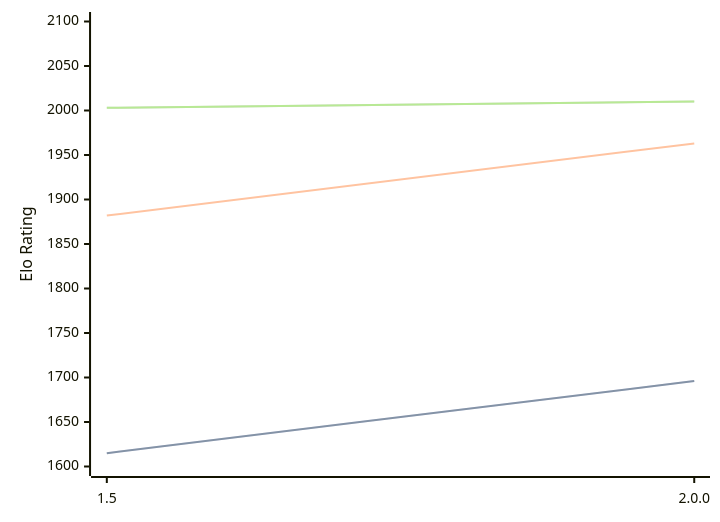
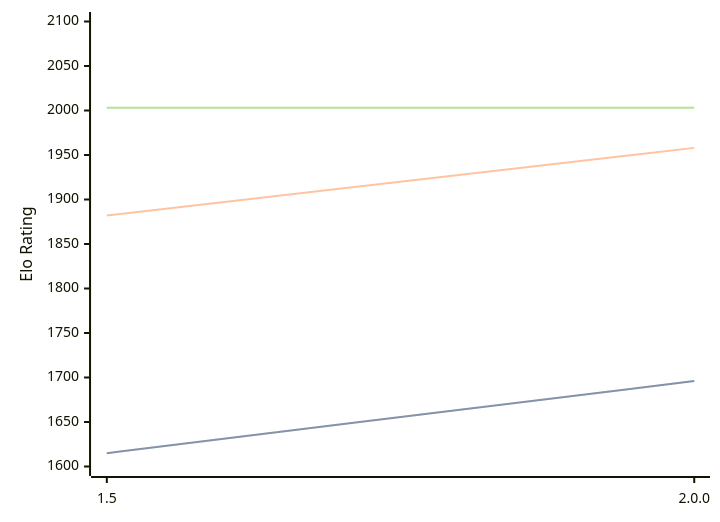
The diagram in engines/Rudim.md (computer-chess-index/cci), drawn with Mermaid before and after one commit. The commit also changed other lines of this file, not shown here.

Commit message:
Update CCI Ratings (ELO VLTC) - 2026-05-08

````diff
--- a/engines/Rudim.md
+++ b/engines/Rudim.md
@@ -37,11 +37,11 @@
 ```mermaid
 %%{init: {"theme":"base","themeVariables":{"seriesColors:['#a3a3a3','#222221','#faa371']}}}%%
 xychart-beta
   x-axis ["1.5", "2.0.0"]
   y-axis "Elo Rating" 1600 --> 2100
   line "STC (8.0+0.08s)" [1615, 1696]
   line "STC (8.0+0.08s)" [1615, 1696]
-  line "LTC (60.0+0.60s)" [1882, 1963]
-  line "VLTC (2m24s+1.12s)" [2003, 2010]
-  line "VLTC (2m24s+1.12s)" [2003, 2010]
+  line "LTC (60.0+0.60s)" [1882, 1958]
+  line "VLTC (2m24s+1.12s)" [2003, 2003]
+  line "VLTC (2m24s+1.12s)" [2003, 2003]
 ```
````
